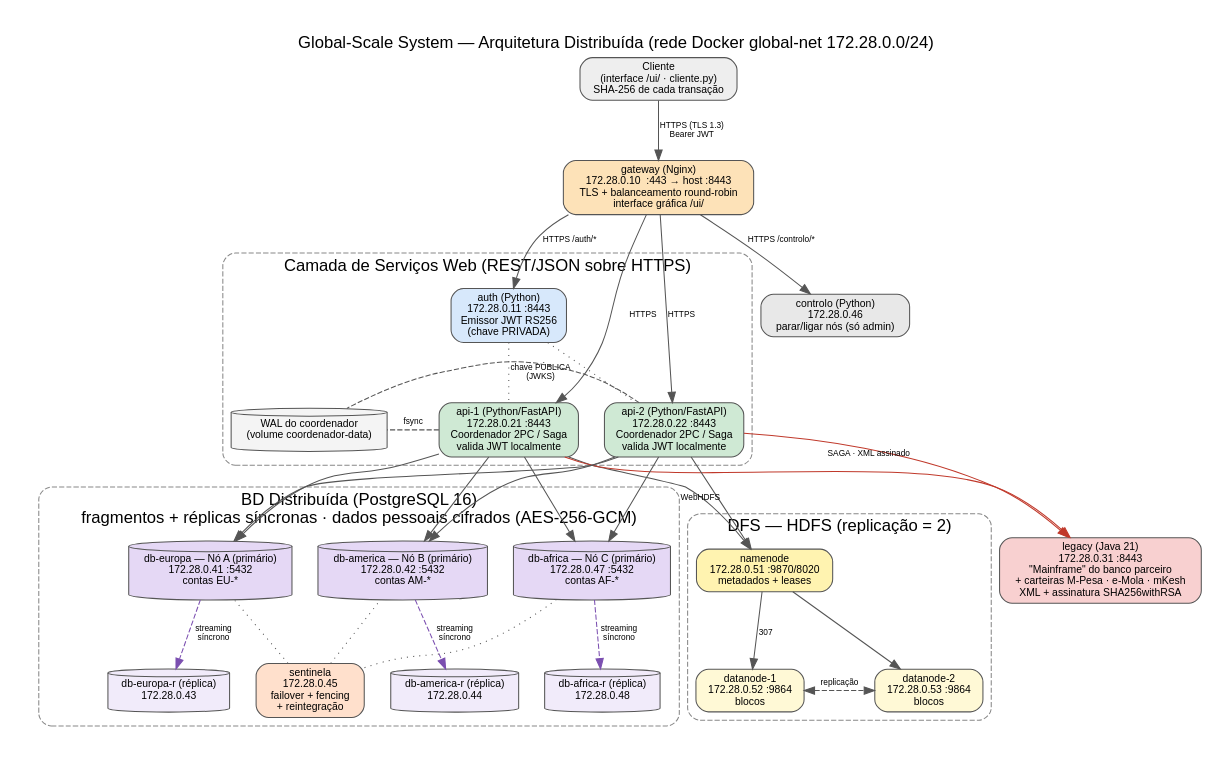
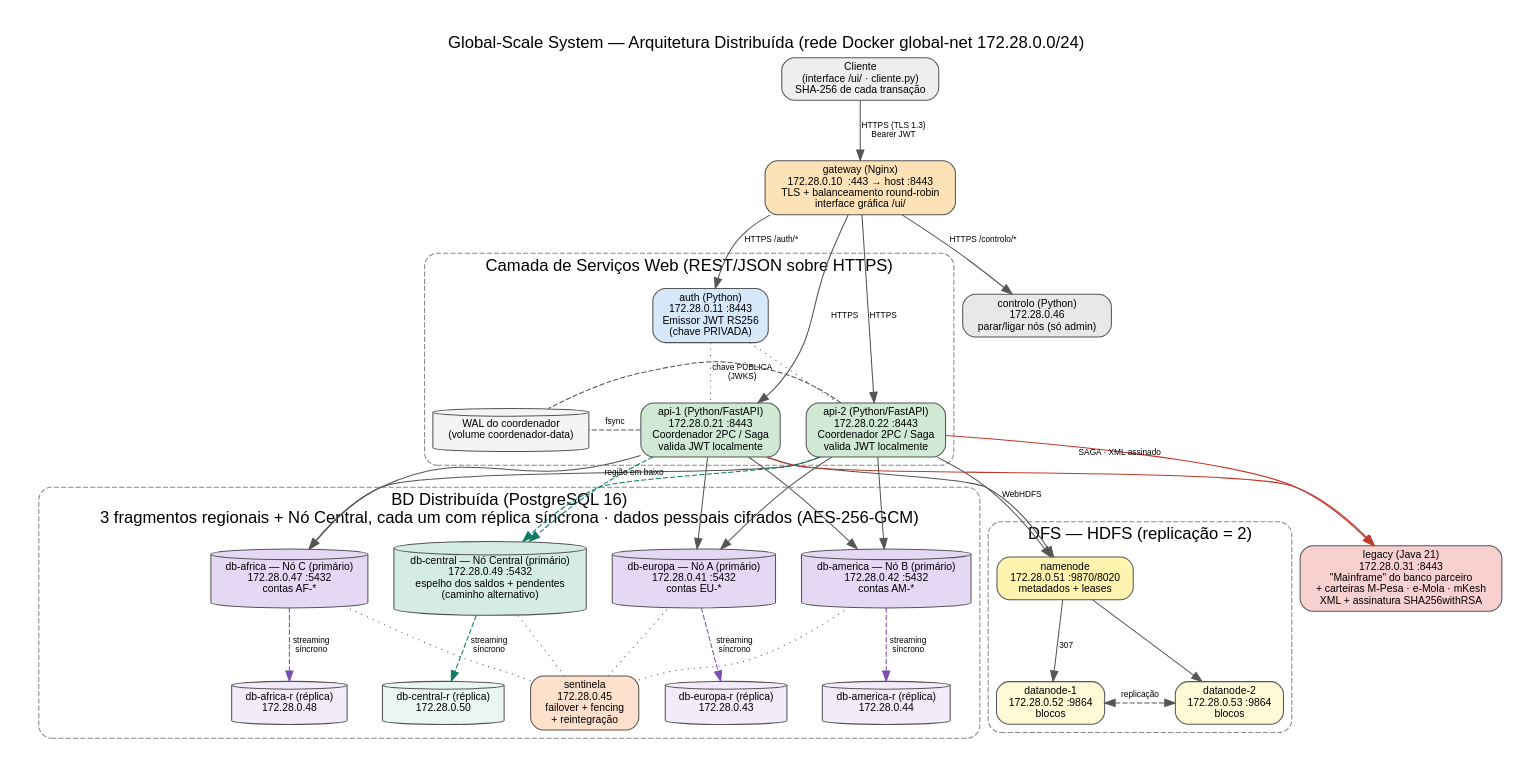
Before and after one commit to nameless-258/global-scale-system: the diagram in docs/arquitetura.dot, drawn with Graphviz. The commit also changed 18 other files, not shown here.

First line of the commit message:
No Central: caminho alternativo quando uma regiao perde os dois nos

```diff
--- a/docs/arquitetura.dot
+++ b/docs/arquitetura.dot
@@ -1,60 +1,64 @@
 digraph G {
   graph [rankdir=TB, newrank=true, splines=spline, concentrate=false, fontname="Helvetica", fontsize=12, nodesep=0.35, ranksep=0.55, pad=0.3, bgcolor="white",
          label="Global-Scale System — Arquitetura Distribuída (rede Docker global-net 172.28.0.0/24)", labelloc=t, fontsize=16];
   node  [shape=box, style="rounded,filled", fontname="Helvetica", fontsize=10, color="#555555"];
   edge  [fontname="Helvetica", fontsize=8, color="#555555"];
 
   cliente [label="Cliente\n(interface /ui/ · cliente.py)\nSHA-256 de cada transação", fillcolor="#eeeeee"];
   gateway [label="gateway (Nginx)\n172.28.0.10  :443 → host :8443\nTLS + balanceamento round-robin\ninterface gráfica /ui/", fillcolor="#fde2b8"];
 
   subgraph cluster_app { label="Camada de Serviços Web (REST/JSON sobre HTTPS)"; style="rounded,dashed"; color="#888888";
     auth  [label="auth (Python)\n172.28.0.11 :8443\nEmissor JWT RS256\n(chave PRIVADA)", fillcolor="#d7e8fb"];
     api1  [label="api-1 (Python/FastAPI)\n172.28.0.21 :8443\nCoordenador 2PC / Saga\nvalida JWT localmente", fillcolor="#cfe9d4"];
     api2  [label="api-2 (Python/FastAPI)\n172.28.0.22 :8443\nCoordenador 2PC / Saga\nvalida JWT localmente", fillcolor="#cfe9d4"];
     wal   [label="WAL do coordenador\n(volume coordenador-data)", shape=cylinder, fillcolor="#f4f4f4"];
   }
 
-  subgraph cluster_db { label="BD Distribuída (PostgreSQL 16)\nfragmentos + réplicas síncronas · dados pessoais cifrados (AES-256-GCM)"; style="rounded,dashed"; color="#888888";
+  subgraph cluster_db { label="BD Distribuída (PostgreSQL 16)\n3 fragmentos regionais + Nó Central, cada um com réplica síncrona · dados pessoais cifrados (AES-256-GCM)"; style="rounded,dashed"; color="#888888";
     dbeu [label="db-europa — Nó A (primário)\n172.28.0.41 :5432\ncontas EU-*", shape=cylinder, fillcolor="#e5d8f5"];
     dbeur [label="db-europa-r (réplica)\n172.28.0.43", shape=cylinder, fillcolor="#f1ebfa"];
     dbam [label="db-america — Nó B (primário)\n172.28.0.42 :5432\ncontas AM-*", shape=cylinder, fillcolor="#e5d8f5"];
     dbamr [label="db-america-r (réplica)\n172.28.0.44", shape=cylinder, fillcolor="#f1ebfa"];
     dbaf [label="db-africa — Nó C (primário)\n172.28.0.47 :5432\ncontas AF-*", shape=cylinder, fillcolor="#e5d8f5"];
     dbafr [label="db-africa-r (réplica)\n172.28.0.48", shape=cylinder, fillcolor="#f1ebfa"];
+    dbct [label="db-central — Nó Central (primário)\n172.28.0.49 :5432\nespelho dos saldos + pendentes\n(caminho alternativo)", shape=cylinder, fillcolor="#d5ece4"];
+    dbctr [label="db-central-r (réplica)\n172.28.0.50", shape=cylinder, fillcolor="#eaf6f1"];
     sent [label="sentinela\n172.28.0.45\nfailover + fencing\n+ reintegração", fillcolor="#ffe0cc"];
     dbeu -> dbeur [label="streaming\nsíncrono", style=dashed, color="#7b4fb0"];
     dbam -> dbamr [label="streaming\nsíncrono", style=dashed, color="#7b4fb0"];
     dbaf -> dbafr [label="streaming\nsíncrono", style=dashed, color="#7b4fb0"];
-    sent -> dbeu [style=dotted, arrowhead=none]; sent -> dbam [style=dotted, arrowhead=none]; sent -> dbaf [style=dotted, arrowhead=none];
+    dbct -> dbctr [label="streaming\nsíncrono", style=dashed, color="#0e7a64"];
+    sent -> dbeu [style=dotted, arrowhead=none]; sent -> dbam [style=dotted, arrowhead=none]; sent -> dbaf [style=dotted, arrowhead=none]; sent -> dbct [style=dotted, arrowhead=none];
   }
 
   subgraph cluster_dfs { label="DFS — HDFS (replicação = 2)"; style="rounded,dashed"; color="#888888";
     nn  [label="namenode\n172.28.0.51 :9870/8020\nmetadados + leases", fillcolor="#fff3b0"];
     dn1 [label="datanode-1\n172.28.0.52 :9864\nblocos", fillcolor="#fff9d6"];
     dn2 [label="datanode-2\n172.28.0.53 :9864\nblocos", fillcolor="#fff9d6"];
   }
 
   controlo [label="controlo (Python)\n172.28.0.46\nparar/ligar nós (só admin)", fillcolor="#e8e8e8"];
   legacy [label="legacy (Java 21)\n172.28.0.31 :8443\n\"Mainframe\" do banco parceiro\n+ carteiras M-Pesa · e-Mola · mKesh\nXML + assinatura SHA256withRSA", fillcolor="#f8d0d0"];
 
   cliente -> gateway [label="HTTPS (TLS 1.3)\nBearer JWT"];
   gateway -> auth   [label="HTTPS /auth/*"];
   gateway -> api1   [label="HTTPS"];
   gateway -> api2   [label="HTTPS"];
   auth -> api1 [style=dotted, label="chave PÚBLICA\n(JWKS)", arrowhead=none];
   auth -> api2 [style=dotted, arrowhead=none];
   {rank=same; wal; api1; api2;}
   wal -> api1 [style=invis];
   api1 -> wal [style=dashed, arrowhead=none, label="fsync"]; api2 -> wal [style=dashed, arrowhead=none, constraint=false];
-  {rank=same; dbeu; dbam; dbaf; nn; legacy;}
-  {rank=same; dbeur; dbamr; dbafr; sent;}
+  {rank=same; dbeu; dbam; dbaf; dbct; nn; legacy;}
+  {rank=same; dbeur; dbamr; dbafr; dbctr; sent;}
   gateway -> controlo [label="HTTPS /controlo/*"];
   {rank=same; dn1; dn2;}
   api1 -> dbeu; api1 -> dbam; api1 -> dbaf;
   api2 -> dbeu; api2 -> dbam; api2 -> dbaf;
+  api1 -> dbct [color="#0e7a64", style=dashed]; api2 -> dbct [color="#0e7a64", style=dashed, xlabel="região em baixo"];
   api1 -> legacy [color="#c0392b"];
   api2 -> legacy [color="#c0392b", xlabel="SAGA · XML assinado"];
   api1 -> nn; api2 -> nn [xlabel="WebHDFS"];
   nn -> dn1 [label="307"]; nn -> dn2;
   dn1 -> dn2 [dir=both, style=dashed, label="replicação"];
 }
```
